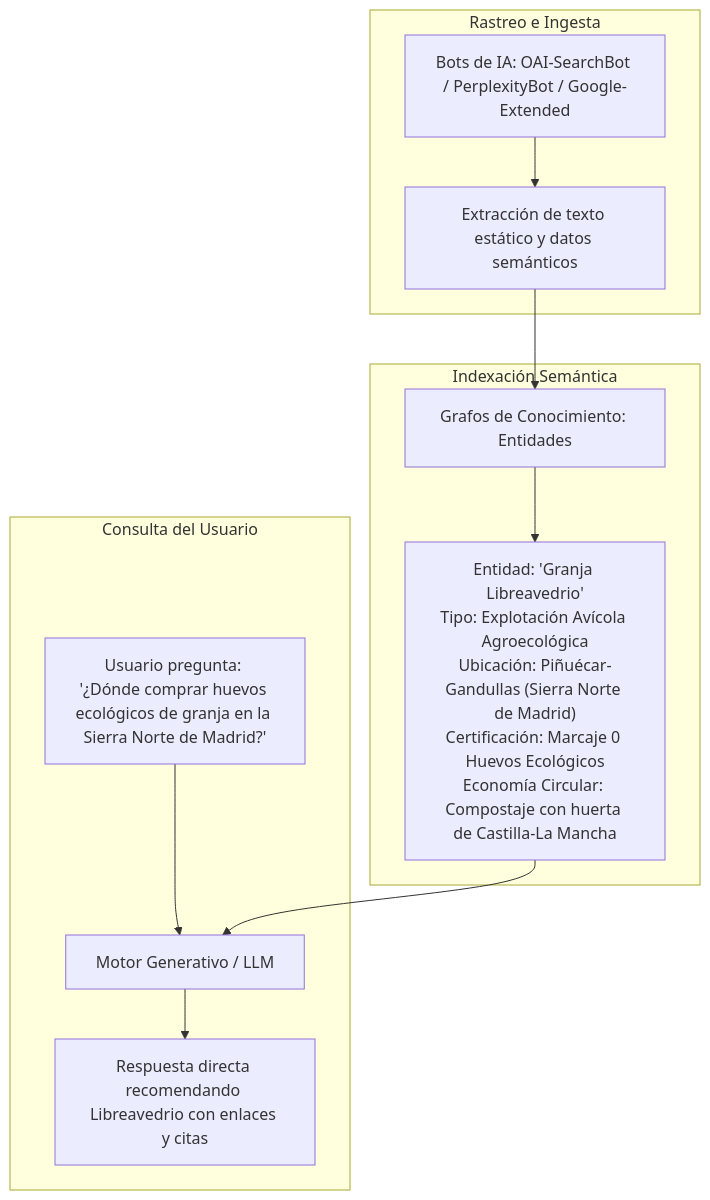
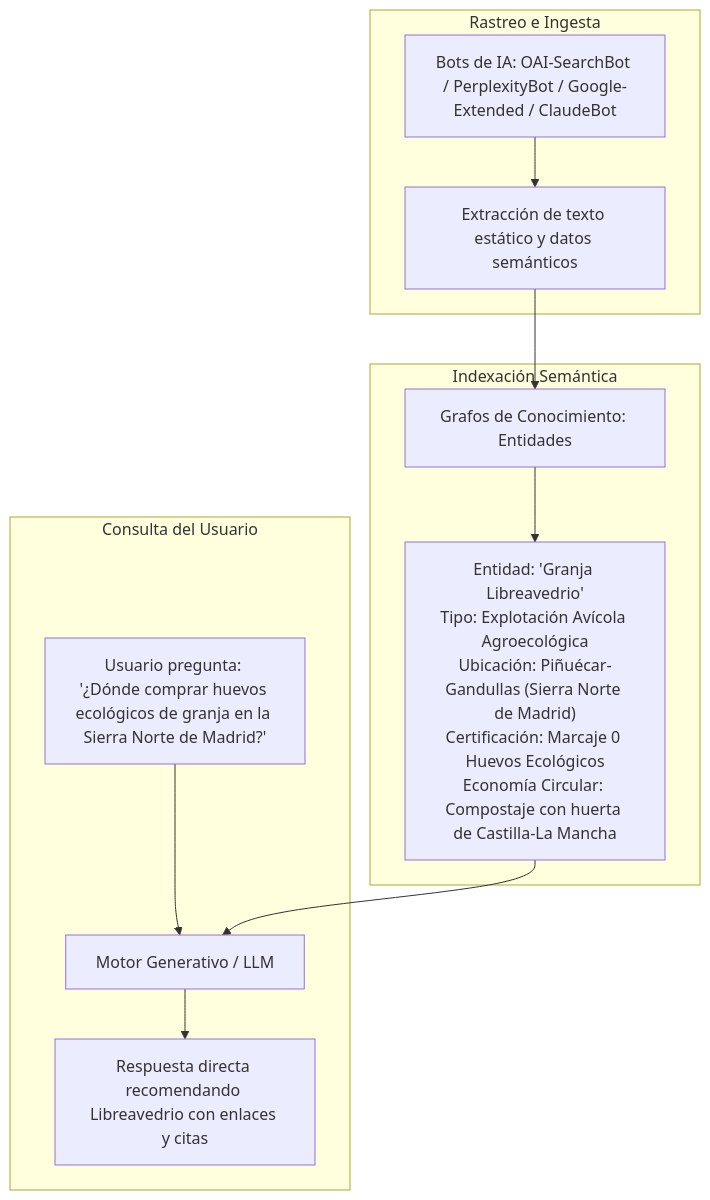
Before and after one commit to datoscarlesgutierrez-stack/libreavedriov1: the first of 2 diagrams in INFORME_SEO_IA.md, drawn with Mermaid. The commit also changed other lines of this file, not shown here.

````diff
--- a/INFORME_SEO_IA.md
+++ b/INFORME_SEO_IA.md
@@ -33,17 +33,17 @@
 ```mermaid
 flowchart TD
     subgraph Rastreo e Ingesta
-        R1["Bots de IA: OAI-SearchBot / PerplexityBot / Google-Extended"] --> R2[Extracción de texto estático y datos semánticos]
+        R1["Bots de IA: OAI-SearchBot / PerplexityBot / Google-Extended / ClaudeBot"] --> R2[Extracción de texto estático y datos semánticos]
     end
 
     subgraph Indexación Semántica
         R2 --> S1[Grafos de Conocimiento: Entidades]
         S1 --> S2["Entidad: 'Granja Libreavedrio'<br/>Tipo: Explotación Avícola Agroecológica<br/>Ubicación: Piñuécar-Gandullas (Sierra Norte de Madrid)<br/>Certificación: Marcaje 0 Huevos Ecológicos<br/>Economía Circular: Compostaje con huerta de Castilla-La Mancha"]
     end
 
     subgraph Consulta del Usuario
         U["Usuario pregunta: '¿Dónde comprar huevos ecológicos de granja en la Sierra Norte de Madrid?'"] --> LLM[Motor Generativo / LLM]
         S2 --> LLM
         LLM --> C[Respuesta directa recomendando Libreavedrio con enlaces y citas]
     end
 ```
````
